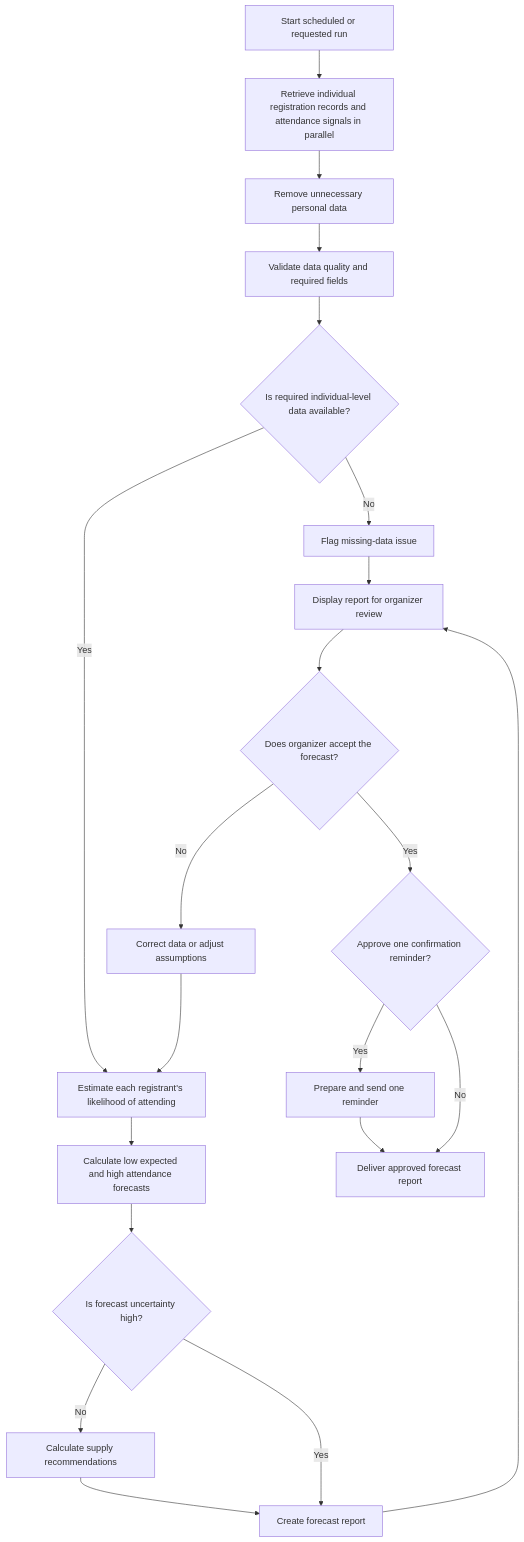
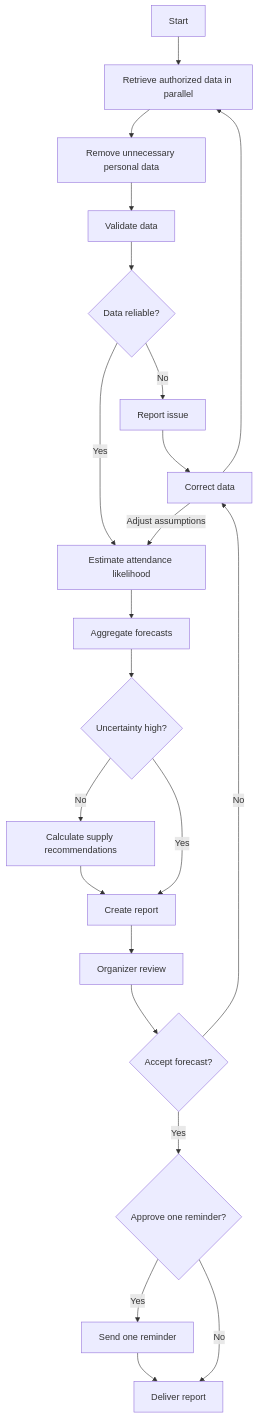
One commit to bella940118-lgtm/-BUS4498_InClass_Builds changed the diagram in my_first_agent/agent/workflow-of-tasks.md. Above: the diagram before and after it, drawn with Mermaid. The commit also changed other lines of this file, not shown here.

Commit message:
Align workflow data handling and escalation paths

````diff
--- a/my_first_agent/agent/workflow-of-tasks.md
+++ b/my_first_agent/agent/workflow-of-tasks.md
@@ -28,47 +5,14 @@
-```mermaid
+~~~mermaid
 flowchart TD
-    T1[Start scheduled or requested run]
-    T2[Retrieve individual registration records and attendance signals in parallel]
-    T3[Remove unnecessary personal data]
-    T4[Validate data quality and required fields]
-    D1{Is required individual-level data available?}
-    T5[Flag missing-data issue]
-    T6[Estimate each registrant's likelihood of attending]
-    T7[Calculate low expected and high attendance forecasts]
-    D2{Is forecast uncertainty high?}
-    T8[Calculate supply recommendations]
-    T9[Create forecast report]
-    T10[Display report for organizer review]
-    D3{Does organizer accept the forecast?}
-    T11[Correct data or adjust assumptions]
-    D4{Approve one confirmation reminder?}
-    T12[Prepare and send one reminder]
-    E1[Deliver approved forecast report]
-
-    T1 --> T2
-    T2 --> T3
-    T3 --> T4
-    T4 --> D1
-
-    D1 -->|No| T5
-    T5 --> T10
-
-    D1 -->|Yes| T6
-    T6 --> T7
-    T7 --> D2
-
-    D2 -->|No| T8
-    T8 --> T9
-    D2 -->|Yes| T9
-
-    T9 --> T10
-    T10 --> D3
-
-    D3 -->|No| T11
-    T11 --> T6
-
-    D3 -->|Yes| D4
-    D4 -->|Yes| T12
-    T12 --> E1
-    D4 -->|No| E1
-```
+ T1[Start] --> T2[Retrieve authorized data in parallel] --> T3[Remove unnecessary personal data] --> T4[Validate data] --> D1{Data reliable?}
+ D1 -->|No| T5[Report issue] --> T11[Correct data] --> T2
+ D1 -->|Yes| T6[Estimate attendance likelihood] --> T7[Aggregate forecasts] --> D2{Uncertainty high?}
+ D2 -->|No| T8[Calculate supply recommendations] --> T9[Create report]
+ D2 -->|Yes| T9
+ T9 --> T10[Organizer review] --> D3{Accept forecast?}
+ D3 -->|No| T11
+ T11 -->|Adjust assumptions| T6
+ D3 -->|Yes| D4{Approve one reminder?}
+ D4 -->|Yes| T12[Send one reminder] --> E1[Deliver report]
+ D4 -->|No| E1
+~~~
````
